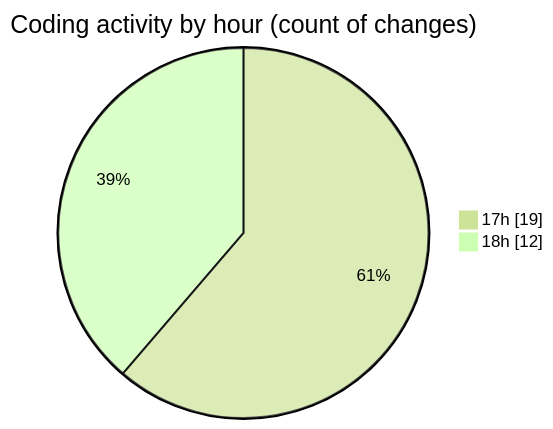
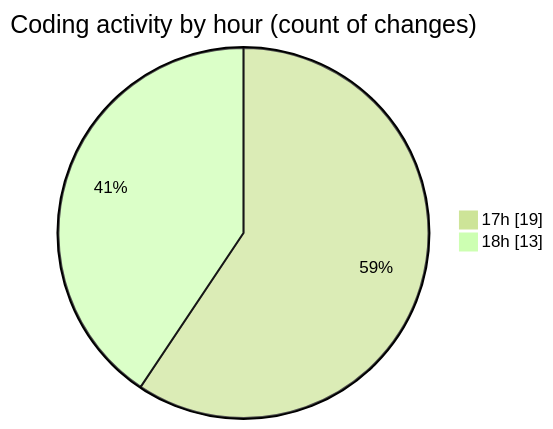
Before and after one commit to Ritupan-Deka/code-tracking: the second of 2 diagrams in 2025-06-03/realtimechat/README.md, drawn with Mermaid (forest theme). The commit also changed other lines of this file and 1 other file, not shown here.

````diff
--- a/2025-06-03/realtimechat/README.md
+++ b/2025-06-03/realtimechat/README.md
@@ -37,6 +37,6 @@
 ```mermaid
 pie showData
 title Coding activity by hour (count of changes)
 "17h" : 19
-"18h" : 12
+"18h" : 13
 ```
````
